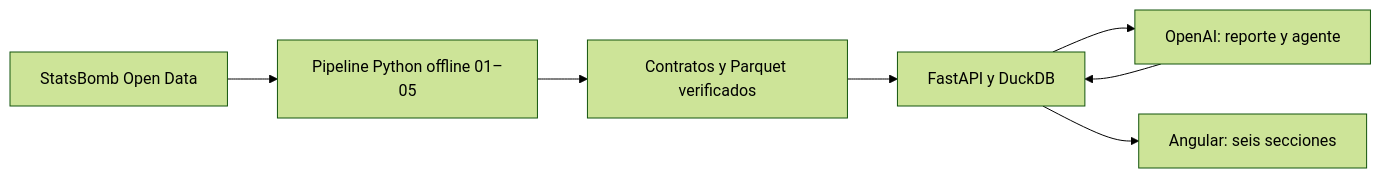
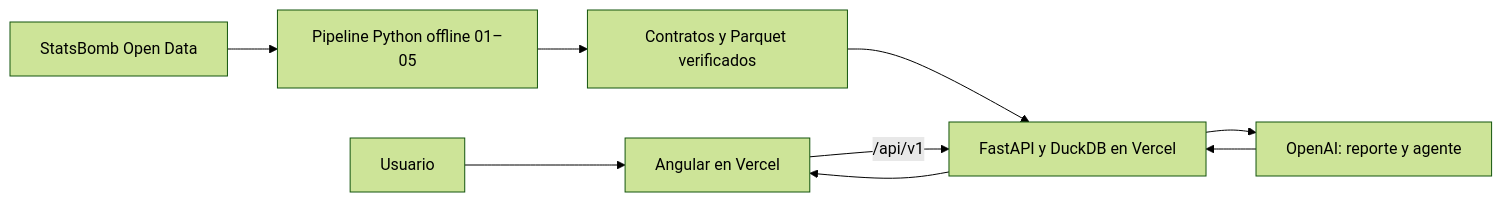
One commit to ElRubsSan/Corner_Scout changed the diagram in README.md. Above: the diagram before and after it, drawn with Mermaid (forest theme). The commit also changed other lines of this file and 23 other files, not shown here.

````diff
--- a/README.md
+++ b/README.md
@@ -34,9 +46,11 @@
 ```mermaid
 flowchart LR
+    U[Usuario] --> F[Angular en Vercel]
     S[StatsBomb Open Data] --> P[Pipeline Python offline 01–05]
     P --> D[Contratos y Parquet verificados]
-    D --> B[FastAPI y DuckDB]
+    D --> B[FastAPI y DuckDB en Vercel]
     B --> O[OpenAI: reporte y agente]
-    B --> F[Angular: seis secciones]
+    F -->|/api/v1| B
+    B --> F
     O --> B
 ```
````
